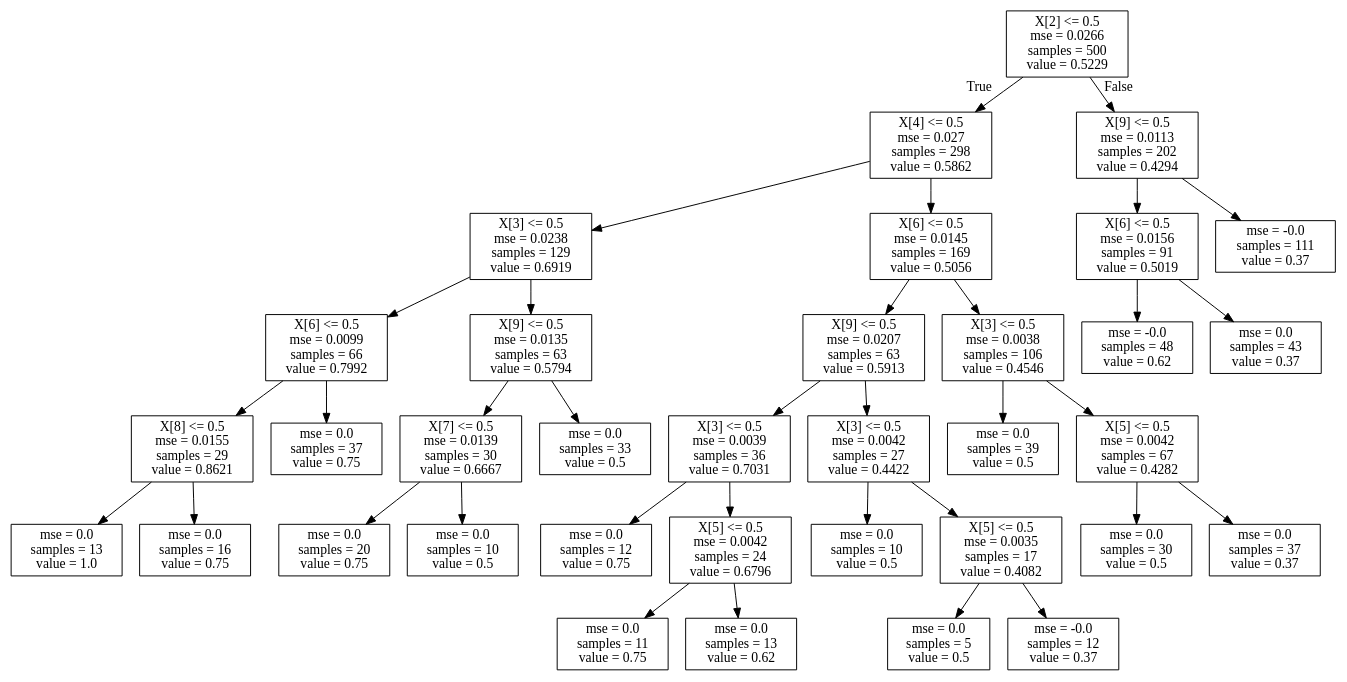
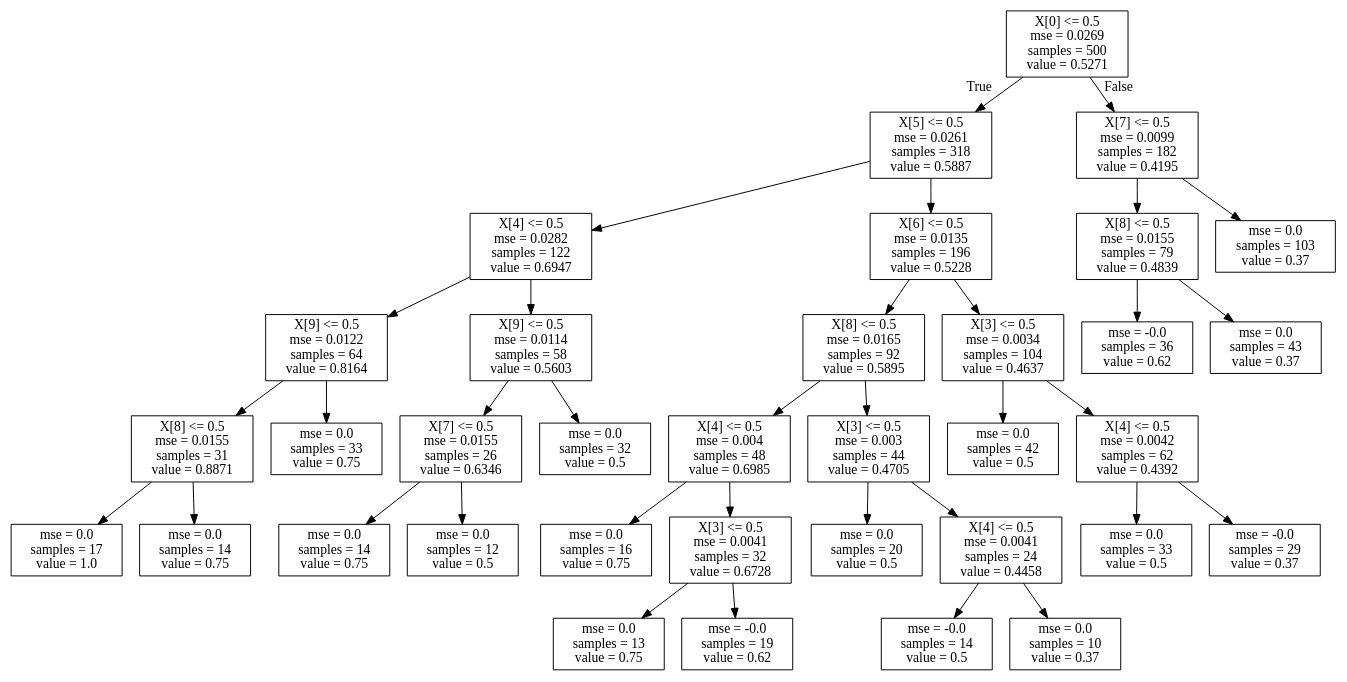
The diagram in surrogate_data/simple_0.dot (ai-se/SPL), drawn with Graphviz before and after one commit. The commit also changed 43 other files, not shown here.

```diff
--- a/surrogate_data/simple_0.dot
+++ b/surrogate_data/simple_0.dot
@@ -1,72 +1,72 @@
 digraph Tree {
 node [shape=box] ;
-0 [label="X[2] <= 0.5\nmse = 0.0266\nsamples = 500\nvalue = 0.5229"] ;
-1 [label="X[4] <= 0.5\nmse = 0.027\nsamples = 298\nvalue = 0.5862"] ;
+0 [label="X[0] <= 0.5\nmse = 0.0269\nsamples = 500\nvalue = 0.5271"] ;
+1 [label="X[5] <= 0.5\nmse = 0.0261\nsamples = 318\nvalue = 0.5887"] ;
 0 -> 1 [labeldistance=2.5, labelangle=45, headlabel="True"] ;
-2 [label="X[3] <= 0.5\nmse = 0.0238\nsamples = 129\nvalue = 0.6919"] ;
+2 [label="X[4] <= 0.5\nmse = 0.0282\nsamples = 122\nvalue = 0.6947"] ;
 1 -> 2 ;
-3 [label="X[6] <= 0.5\nmse = 0.0099\nsamples = 66\nvalue = 0.7992"] ;
+3 [label="X[9] <= 0.5\nmse = 0.0122\nsamples = 64\nvalue = 0.8164"] ;
 2 -> 3 ;
-4 [label="X[8] <= 0.5\nmse = 0.0155\nsamples = 29\nvalue = 0.8621"] ;
+4 [label="X[8] <= 0.5\nmse = 0.0155\nsamples = 31\nvalue = 0.8871"] ;
 3 -> 4 ;
-5 [label="mse = 0.0\nsamples = 13\nvalue = 1.0"] ;
+5 [label="mse = 0.0\nsamples = 17\nvalue = 1.0"] ;
 4 -> 5 ;
-6 [label="mse = 0.0\nsamples = 16\nvalue = 0.75"] ;
+6 [label="mse = 0.0\nsamples = 14\nvalue = 0.75"] ;
 4 -> 6 ;
-7 [label="mse = 0.0\nsamples = 37\nvalue = 0.75"] ;
+7 [label="mse = 0.0\nsamples = 33\nvalue = 0.75"] ;
 3 -> 7 ;
-8 [label="X[9] <= 0.5\nmse = 0.0135\nsamples = 63\nvalue = 0.5794"] ;
+8 [label="X[9] <= 0.5\nmse = 0.0114\nsamples = 58\nvalue = 0.5603"] ;
 2 -> 8 ;
-9 [label="X[7] <= 0.5\nmse = 0.0139\nsamples = 30\nvalue = 0.6667"] ;
+9 [label="X[7] <= 0.5\nmse = 0.0155\nsamples = 26\nvalue = 0.6346"] ;
 8 -> 9 ;
-10 [label="mse = 0.0\nsamples = 20\nvalue = 0.75"] ;
+10 [label="mse = 0.0\nsamples = 14\nvalue = 0.75"] ;
 9 -> 10 ;
-11 [label="mse = 0.0\nsamples = 10\nvalue = 0.5"] ;
+11 [label="mse = 0.0\nsamples = 12\nvalue = 0.5"] ;
 9 -> 11 ;
-12 [label="mse = 0.0\nsamples = 33\nvalue = 0.5"] ;
+12 [label="mse = 0.0\nsamples = 32\nvalue = 0.5"] ;
 8 -> 12 ;
-13 [label="X[6] <= 0.5\nmse = 0.0145\nsamples = 169\nvalue = 0.5056"] ;
+13 [label="X[6] <= 0.5\nmse = 0.0135\nsamples = 196\nvalue = 0.5228"] ;
 1 -> 13 ;
-14 [label="X[9] <= 0.5\nmse = 0.0207\nsamples = 63\nvalue = 0.5913"] ;
+14 [label="X[8] <= 0.5\nmse = 0.0165\nsamples = 92\nvalue = 0.5895"] ;
 13 -> 14 ;
-15 [label="X[3] <= 0.5\nmse = 0.0039\nsamples = 36\nvalue = 0.7031"] ;
+15 [label="X[4] <= 0.5\nmse = 0.004\nsamples = 48\nvalue = 0.6985"] ;
 14 -> 15 ;
-16 [label="mse = 0.0\nsamples = 12\nvalue = 0.75"] ;
+16 [label="mse = 0.0\nsamples = 16\nvalue = 0.75"] ;
 15 -> 16 ;
-17 [label="X[5] <= 0.5\nmse = 0.0042\nsamples = 24\nvalue = 0.6796"] ;
+17 [label="X[3] <= 0.5\nmse = 0.0041\nsamples = 32\nvalue = 0.6728"] ;
 15 -> 17 ;
-18 [label="mse = 0.0\nsamples = 11\nvalue = 0.75"] ;
+18 [label="mse = 0.0\nsamples = 13\nvalue = 0.75"] ;
 17 -> 18 ;
-19 [label="mse = 0.0\nsamples = 13\nvalue = 0.62"] ;
+19 [label="mse = -0.0\nsamples = 19\nvalue = 0.62"] ;
 17 -> 19 ;
-20 [label="X[3] <= 0.5\nmse = 0.0042\nsamples = 27\nvalue = 0.4422"] ;
+20 [label="X[3] <= 0.5\nmse = 0.003\nsamples = 44\nvalue = 0.4705"] ;
 14 -> 20 ;
-21 [label="mse = 0.0\nsamples = 10\nvalue = 0.5"] ;
+21 [label="mse = 0.0\nsamples = 20\nvalue = 0.5"] ;
 20 -> 21 ;
-22 [label="X[5] <= 0.5\nmse = 0.0035\nsamples = 17\nvalue = 0.4082"] ;
+22 [label="X[4] <= 0.5\nmse = 0.0041\nsamples = 24\nvalue = 0.4458"] ;
 20 -> 22 ;
-23 [label="mse = 0.0\nsamples = 5\nvalue = 0.5"] ;
+23 [label="mse = -0.0\nsamples = 14\nvalue = 0.5"] ;
 22 -> 23 ;
-24 [label="mse = -0.0\nsamples = 12\nvalue = 0.37"] ;
+24 [label="mse = 0.0\nsamples = 10\nvalue = 0.37"] ;
 22 -> 24 ;
-25 [label="X[3] <= 0.5\nmse = 0.0038\nsamples = 106\nvalue = 0.4546"] ;
+25 [label="X[3] <= 0.5\nmse = 0.0034\nsamples = 104\nvalue = 0.4637"] ;
 13 -> 25 ;
-26 [label="mse = 0.0\nsamples = 39\nvalue = 0.5"] ;
+26 [label="mse = 0.0\nsamples = 42\nvalue = 0.5"] ;
 25 -> 26 ;
-27 [label="X[5] <= 0.5\nmse = 0.0042\nsamples = 67\nvalue = 0.4282"] ;
+27 [label="X[4] <= 0.5\nmse = 0.0042\nsamples = 62\nvalue = 0.4392"] ;
 25 -> 27 ;
-28 [label="mse = 0.0\nsamples = 30\nvalue = 0.5"] ;
+28 [label="mse = 0.0\nsamples = 33\nvalue = 0.5"] ;
 27 -> 28 ;
-29 [label="mse = 0.0\nsamples = 37\nvalue = 0.37"] ;
+29 [label="mse = -0.0\nsamples = 29\nvalue = 0.37"] ;
 27 -> 29 ;
-30 [label="X[9] <= 0.5\nmse = 0.0113\nsamples = 202\nvalue = 0.4294"] ;
+30 [label="X[7] <= 0.5\nmse = 0.0099\nsamples = 182\nvalue = 0.4195"] ;
 0 -> 30 [labeldistance=2.5, labelangle=-45, headlabel="False"] ;
-31 [label="X[6] <= 0.5\nmse = 0.0156\nsamples = 91\nvalue = 0.5019"] ;
+31 [label="X[8] <= 0.5\nmse = 0.0155\nsamples = 79\nvalue = 0.4839"] ;
 30 -> 31 ;
-32 [label="mse = -0.0\nsamples = 48\nvalue = 0.62"] ;
+32 [label="mse = -0.0\nsamples = 36\nvalue = 0.62"] ;
 31 -> 32 ;
 33 [label="mse = 0.0\nsamples = 43\nvalue = 0.37"] ;
 31 -> 33 ;
-34 [label="mse = -0.0\nsamples = 111\nvalue = 0.37"] ;
+34 [label="mse = 0.0\nsamples = 103\nvalue = 0.37"] ;
 30 -> 34 ;
 }
```
